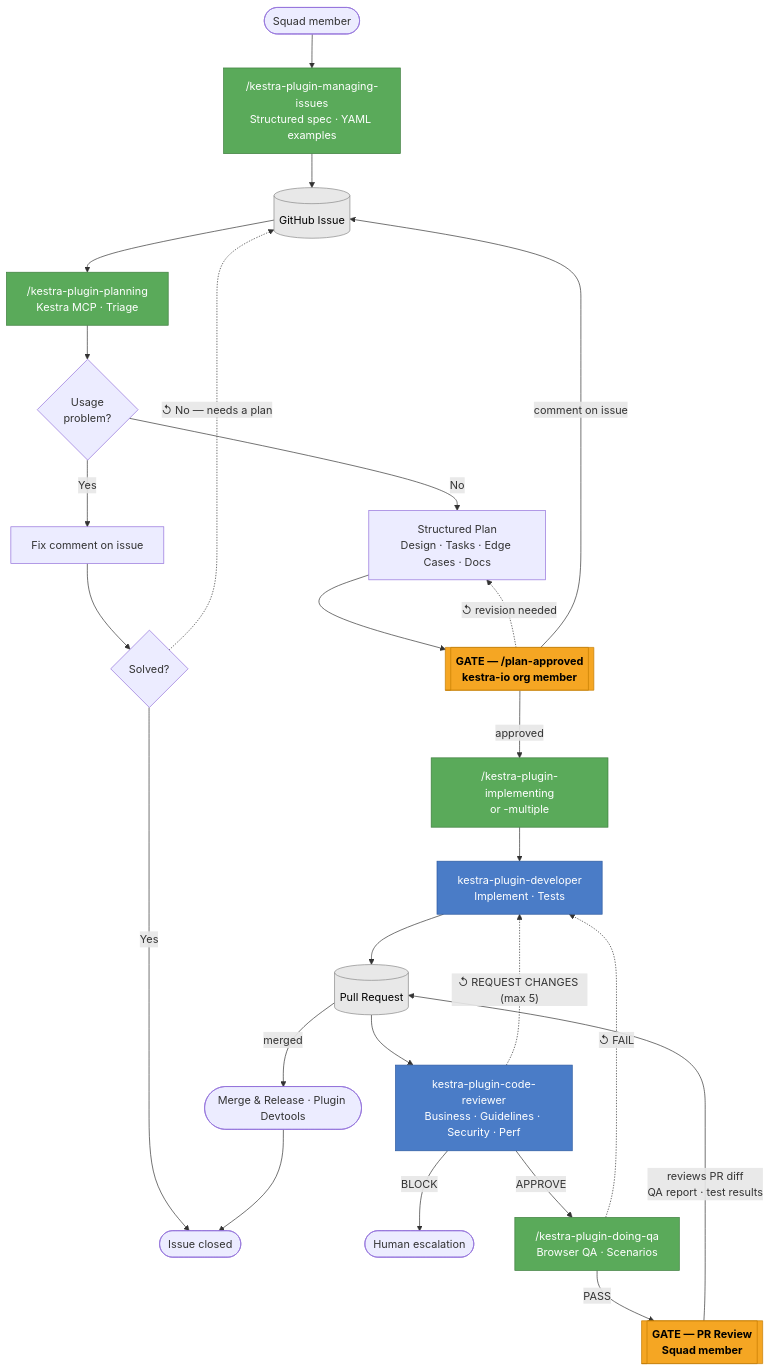
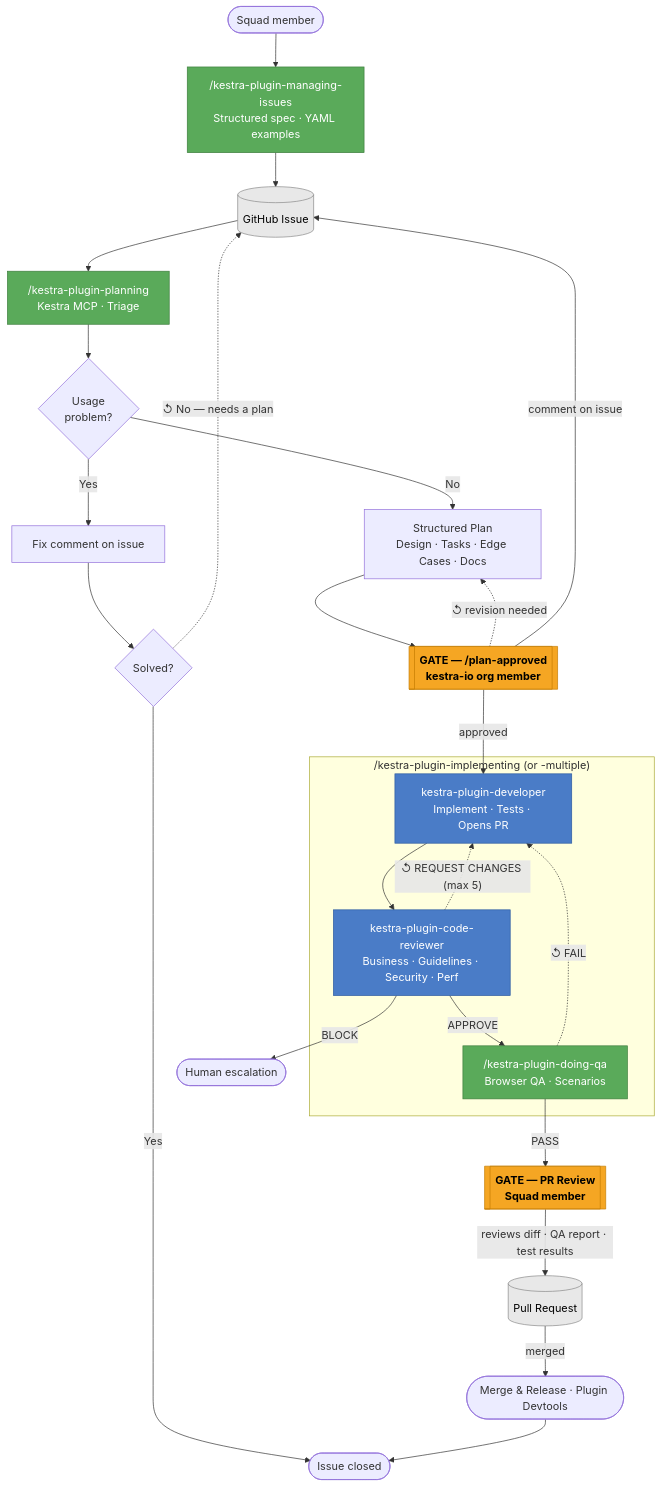
Before and after one commit to kestra-io/docs: the diagram in src/contents/blogs/context-engineering-plugins-squad/index.md, drawn with Mermaid.

Commit message:
docs: subgraph for implementing skill, PR after gate, no crossing arrows

````diff
--- a/src/contents/blogs/context-engineering-plugins-squad/index.md
+++ b/src/contents/blogs/context-engineering-plugins-squad/index.md
@@ -90,37 +90,42 @@
 ```mermaid
 flowchart TD
     A([Squad member]) --> B
     B["/kestra-plugin-managing-issues\nStructured spec · YAML examples"] --> GH
     GH[(GitHub Issue)] --> C
     C["/kestra-plugin-planning\nKestra MCP · Triage"] --> D{Usage\nproblem?}
     D -->|Yes| E[Fix comment on issue]
     E --> S{Solved?}
     S -->|Yes| DONE([Issue closed])
     S -.->|"↺ No — needs a plan"| GH
     D -->|No| F["Structured Plan\nDesign · Tasks · Edge Cases · Docs"]
     F --> G[["GATE — /plan-approved\nkestra-io org member"]]
     G -.->|"↺ revision needed"| F
     G -->|"comment on issue"| GH
-    G -->|approved| H["/kestra-plugin-implementing\nor -multiple"]
-    H --> I["kestra-plugin-developer\nImplement · Tests"]
-    I --> PR[(Pull Request)]
-    PR --> J["kestra-plugin-code-reviewer\nBusiness · Guidelines · Security · Perf"]
-    J -.->|"↺ REQUEST CHANGES (max 5)"| I
+    G -->|approved| I
+
+    subgraph IMPL["/kestra-plugin-implementing (or -multiple)"]
+        I["kestra-plugin-developer\nImplement · Tests · Opens PR"]
+        J["kestra-plugin-code-reviewer\nBusiness · Guidelines · Security · Perf"]
+        L["/kestra-plugin-doing-qa\nBrowser QA · Scenarios"]
+        I --> J
+        J -.->|"↺ REQUEST CHANGES (max 5)"| I
+        J -->|APPROVE| L
+        L -.->|"↺ FAIL"| I
+    end
+
     J -->|BLOCK| K([Human escalation])
-    J -->|APPROVE| L["/kestra-plugin-doing-qa\nBrowser QA · Scenarios"]
-    L -.->|"↺ FAIL"| I
     L -->|PASS| M[["GATE — PR Review\nSquad member"]]
-    M -->|"reviews PR diff\nQA report · test results"| PR
+    M -->|"reviews diff · QA report · test results"| PR[(Pull Request)]
     PR -->|merged| N([Merge & Release · Plugin Devtools])
     N --> DONE
 
     classDef humanGate fill:#f5a623,stroke:#c47d00,color:#000,font-weight:bold
     classDef agentStep fill:#4a7cc7,stroke:#2c5aa0,color:#fff
     classDef skillStep fill:#5aaa5a,stroke:#3d7d3d,color:#fff
     classDef artifact fill:#e8e8e8,stroke:#888,color:#000
 
     class G,M humanGate
     class I,J agentStep
-    class B,C,H,L skillStep
+    class B,C,L skillStep
     class GH,PR artifact
 ```
````
